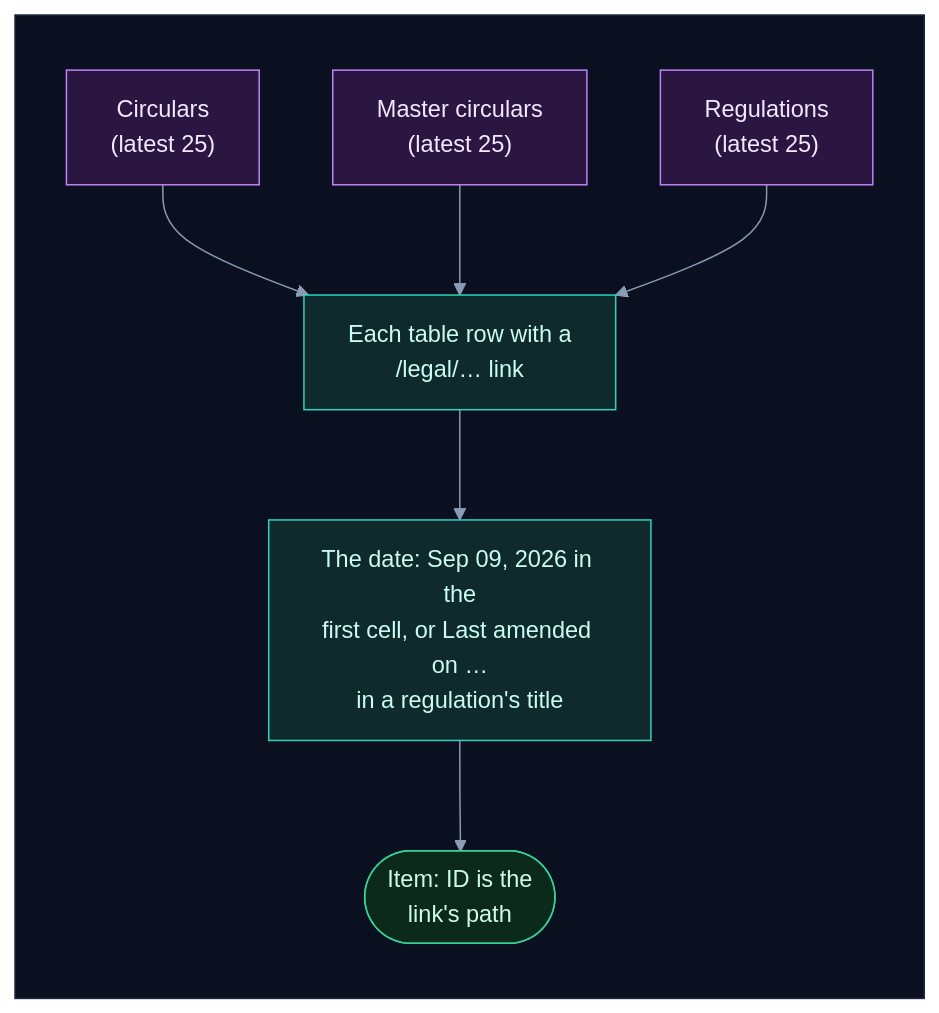
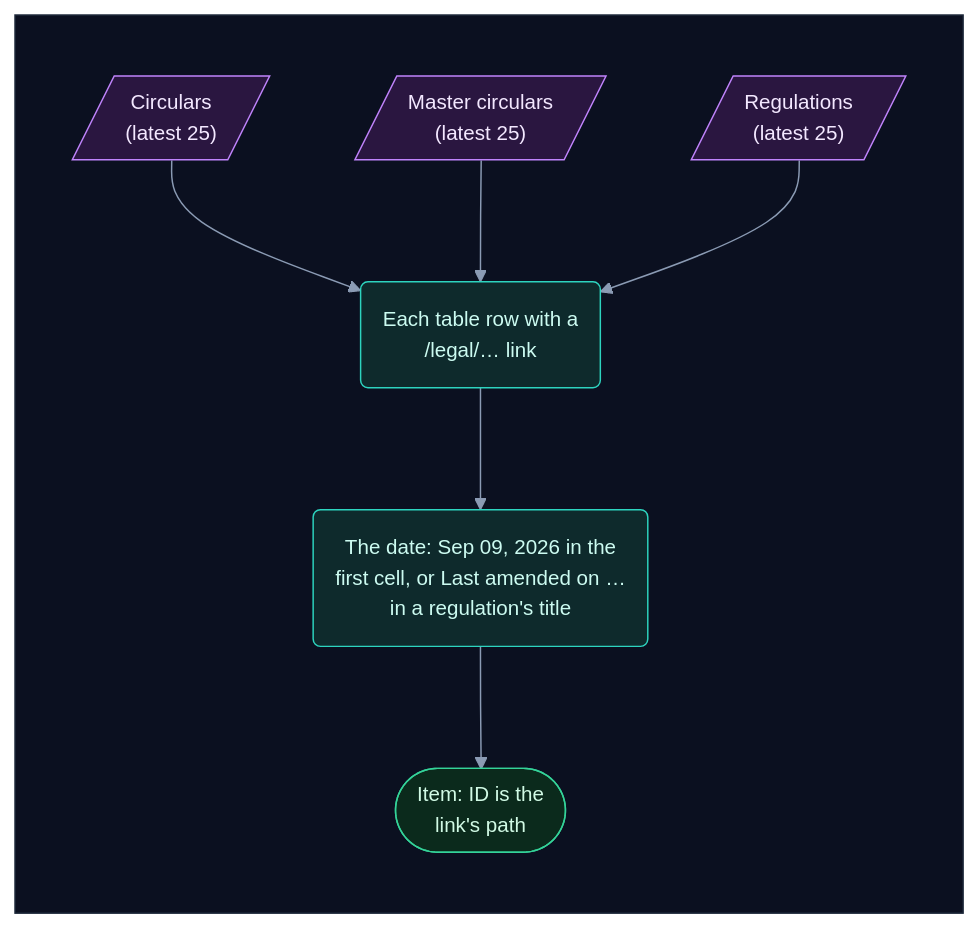
One commit to selvakumarperumal/Regulatory_Circular_Impact_Agent changed diagram 13 of 18 in how_the_watcher_works.md. Above: the diagram before and after it, drawn with Mermaid. The commit also changed other lines of this file and 5 other files, not shown here.

Commit message:
Give the docs' flowcharts a shape per kind of part, more room and slightly smaller text

````diff
--- a/how_the_watcher_works.md
+++ b/how_the_watcher_works.md
@@ -551,26 +551,26 @@
 ```mermaid
-%%{init: {"theme": "base", "flowchart": {"diagramPadding": 0}, "themeVariables": {"darkMode": true, "primaryColor": "#16213a", "primaryTextColor": "#e6edf7", "primaryBorderColor": "#475a7a", "lineColor": "#8b9bb4", "secondaryColor": "#1b2436", "tertiaryColor": "#101a2e", "edgeLabelBackground": "#0f172a", "textColor": "#e2e8f0", "clusterBkg": "#0f1728", "clusterBorder": "#2b3a55", "titleColor": "#c4b5fd", "nodeTextColor": "#e6edf7"}}}%%
+%%{init: {"theme": "base", "flowchart": {"diagramPadding": 0, "nodeSpacing": 58, "rankSpacing": 58, "curve": "basis"}, "themeVariables": {"fontSize": "14px", "darkMode": true, "primaryColor": "#16213a", "primaryTextColor": "#e6edf7", "primaryBorderColor": "#475a7a", "lineColor": "#8b9bb4", "secondaryColor": "#1b2436", "tertiaryColor": "#101a2e", "edgeLabelBackground": "#0f172a", "textColor": "#e2e8f0", "clusterBkg": "#0f1728", "clusterBorder": "#2b3a55", "titleColor": "#c4b5fd", "nodeTextColor": "#e6edf7"}}}%%
 flowchart TD
     subgraph canvas[" "]
         direction TB
-        p1["Circulars<br/>(latest 25)"] --> rows["Each table row with a<br/>/legal/… link"]
-        p2["Master circulars<br/>(latest 25)"] --> rows
-        p3["Regulations<br/>(latest 25)"] --> rows
-        rows --> date["The date: Sep 09, 2026 in the<br/>first cell, or Last amended on …<br/>in a regulation's title"]
+        p1[/"Circulars<br/>(latest 25)"/] --> rows("Each table row with a<br/>/legal/… link")
+        p2[/"Master circulars<br/>(latest 25)"/] --> rows
+        p3[/"Regulations<br/>(latest 25)"/] --> rows
+        rows --> date("The date: Sep 09, 2026 in the<br/>first cell, or Last amended on …<br/>in a regulation's title")
         date --> e(["Item: ID is the<br/>link's path"])
     end
     classDef svc fill:#0e2a2c,stroke:#2dd4bf,color:#ccfbf1
     classDef data fill:#1c1a47,stroke:#818cf8,color:#e0e7ff
     classDef ext fill:#2a1640,stroke:#c084fc,color:#f3e8ff
     classDef gpu fill:#2d1b0c,stroke:#fb923c,color:#ffedd5
     classDef ask fill:#2a2410,stroke:#fbbf24,color:#fef3c7
     classDef ok fill:#0b2a1c,stroke:#34d399,color:#d1fae5
     classDef bad fill:#2e0f17,stroke:#fb7185,color:#ffe4e6
     classDef start fill:#1c2a0e,stroke:#a7ef6f,color:#ecfccb
     classDef muted fill:#1a2130,stroke:#64748b,color:#cbd5e1
     classDef queue fill:#0c2231,stroke:#38bdf8,color:#e0f2fe
     class p1,p2,p3 ext
     class rows,date svc
     class e ok
     style canvas fill:#0b1020,stroke:#1e293b,color:#0b1020
 ```
````
